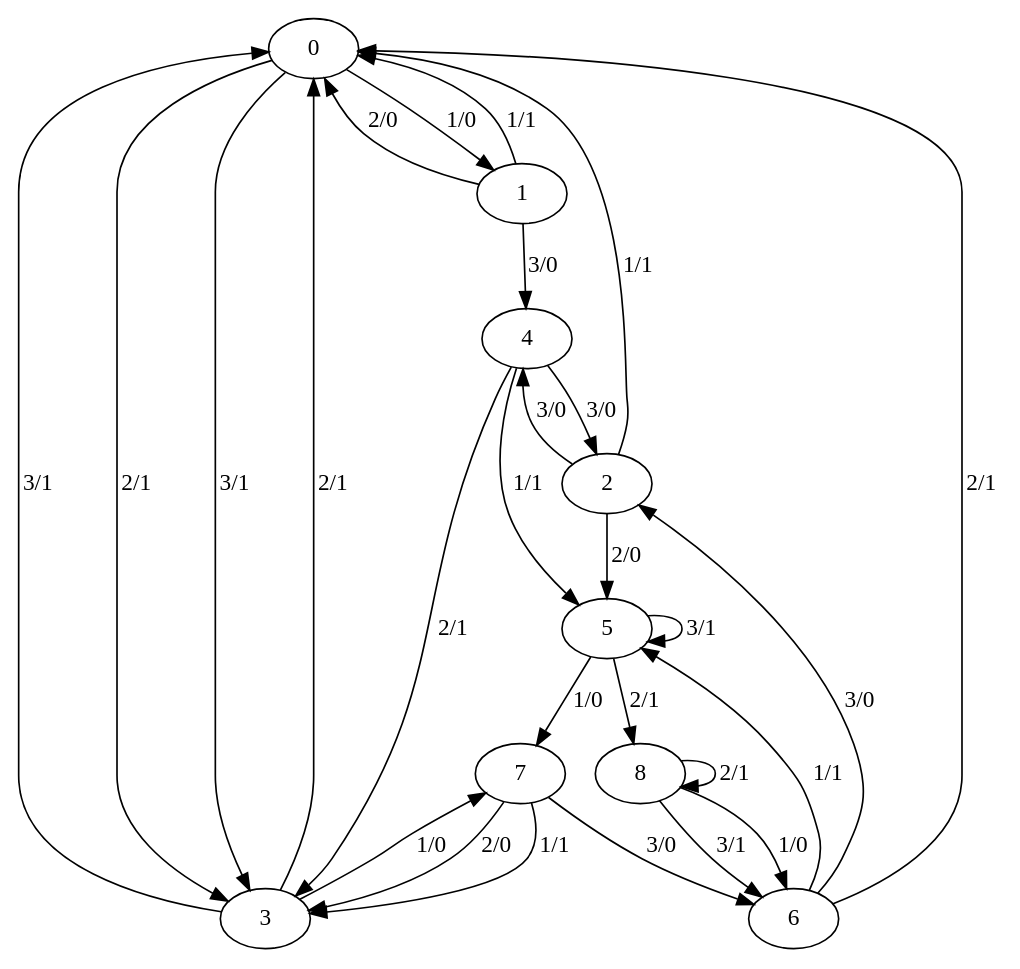
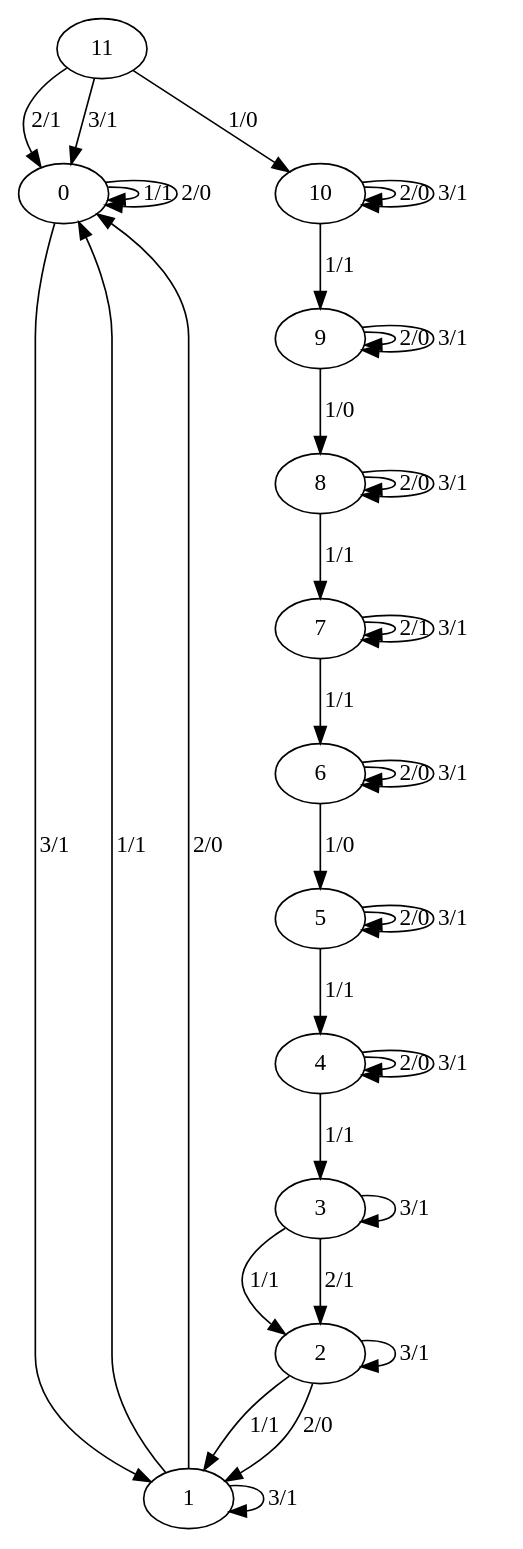
The diagram in MinimizationAutomat/MinimizationAutomat/inMili.dot (islamov-jahja/OOP_Universit), drawn with Graphviz before and after one commit. The commit also changed 24 other files, not shown here.

```diff
--- a/MinimizationAutomat/MinimizationAutomat/inMili.dot
+++ b/MinimizationAutomat/MinimizationAutomat/inMili.dot
@@ -1,38 +1,50 @@
 digraph G {
 0;
 1;
 2;
 3;
 4;
 5;
 6;
 7;
 8;
-0->1  [label="1/0", weight="1/0"];
-0->3  [label="2/1", weight="2/1"];
-0->3  [label="3/1", weight="3/1"];
+9;
+10;
+11;
+0->0  [label="1/1", weight="1/1"];
+0->0  [label="2/0", weight="2/0"];
+0->1  [label="3/1", weight="3/1"];
 1->0  [label="1/1", weight="1/1"];
 1->0  [label="2/0", weight="2/0"];
-1->4  [label="3/0", weight="3/0"];
-2->0  [label="1/1", weight="1/1"];
-2->5  [label="2/0", weight="2/0"];
-2->4  [label="3/0", weight="3/0"];
-3->7  [label="1/0", weight="1/0"];
-3->0  [label="2/1", weight="2/1"];
-3->0  [label="3/1", weight="3/1"];
-4->5  [label="1/1", weight="1/1"];
-4->3  [label="2/1", weight="2/1"];
-4->2  [label="3/0", weight="3/0"];
-5->7  [label="1/0", weight="1/0"];
-5->8  [label="2/1", weight="2/1"];
+1->1  [label="3/1", weight="3/1"];
+2->1  [label="1/1", weight="1/1"];
+2->1  [label="2/0", weight="2/0"];
+2->2  [label="3/1", weight="3/1"];
+3->2  [label="1/1", weight="1/1"];
+3->2  [label="2/1", weight="2/1"];
+3->3  [label="3/1", weight="3/1"];
+4->3  [label="1/1", weight="1/1"];
+4->4  [label="2/0", weight="2/0"];
+4->4  [label="3/1", weight="3/1"];
+5->4  [label="1/1", weight="1/1"];
+5->5  [label="2/0", weight="2/0"];
 5->5  [label="3/1", weight="3/1"];
-6->5  [label="1/1", weight="1/1"];
-6->0  [label="2/1", weight="2/1"];
-6->2  [label="3/0", weight="3/0"];
-7->3  [label="1/1", weight="1/1"];
-7->3  [label="2/0", weight="2/0"];
-7->6  [label="3/0", weight="3/0"];
-8->6  [label="1/0", weight="1/0"];
-8->8  [label="2/1", weight="2/1"];
-8->6  [label="3/1", weight="3/1"];
+6->5  [label="1/0", weight="1/0"];
+6->6  [label="2/0", weight="2/0"];
+6->6  [label="3/1", weight="3/1"];
+7->6  [label="1/1", weight="1/1"];
+7->7  [label="2/1", weight="2/1"];
+7->7  [label="3/1", weight="3/1"];
+8->7  [label="1/1", weight="1/1"];
+8->8  [label="2/0", weight="2/0"];
+8->8  [label="3/1", weight="3/1"];
+9->8  [label="1/0", weight="1/0"];
+9->9  [label="2/0", weight="2/0"];
+9->9  [label="3/1", weight="3/1"];
+10->9  [label="1/1", weight="1/1"];
+10->10  [label="2/0", weight="2/0"];
+10->10  [label="3/1", weight="3/1"];
+11->10  [label="1/0", weight="1/0"];
+11->0  [label="2/1", weight="2/1"];
+11->0  [label="3/1", weight="3/1"];
 }
```
